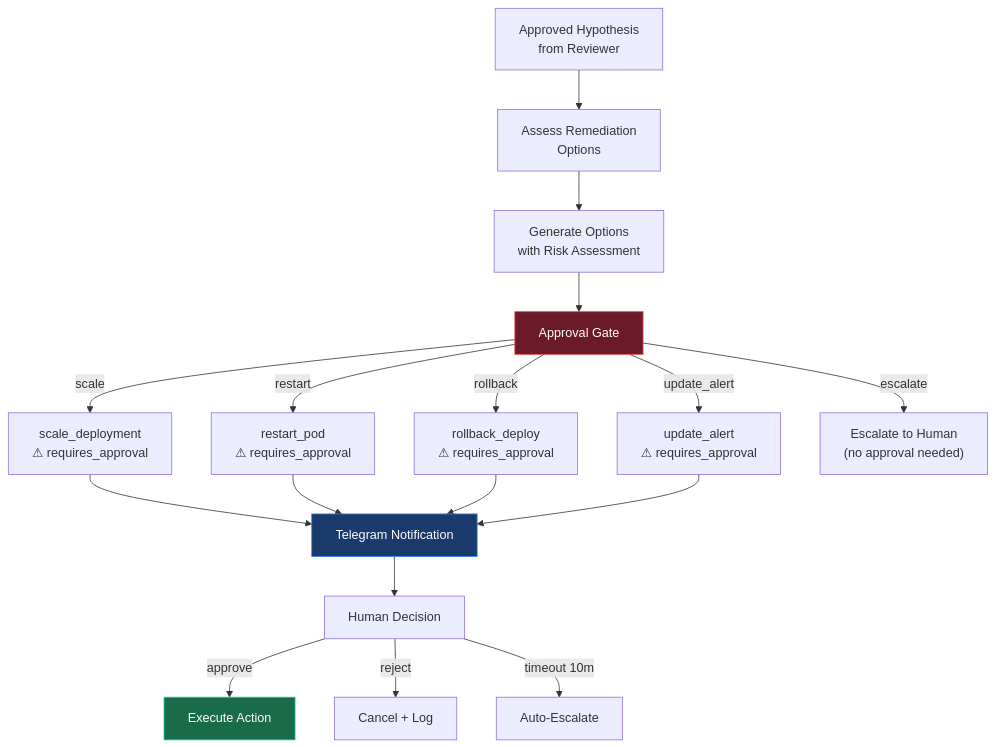
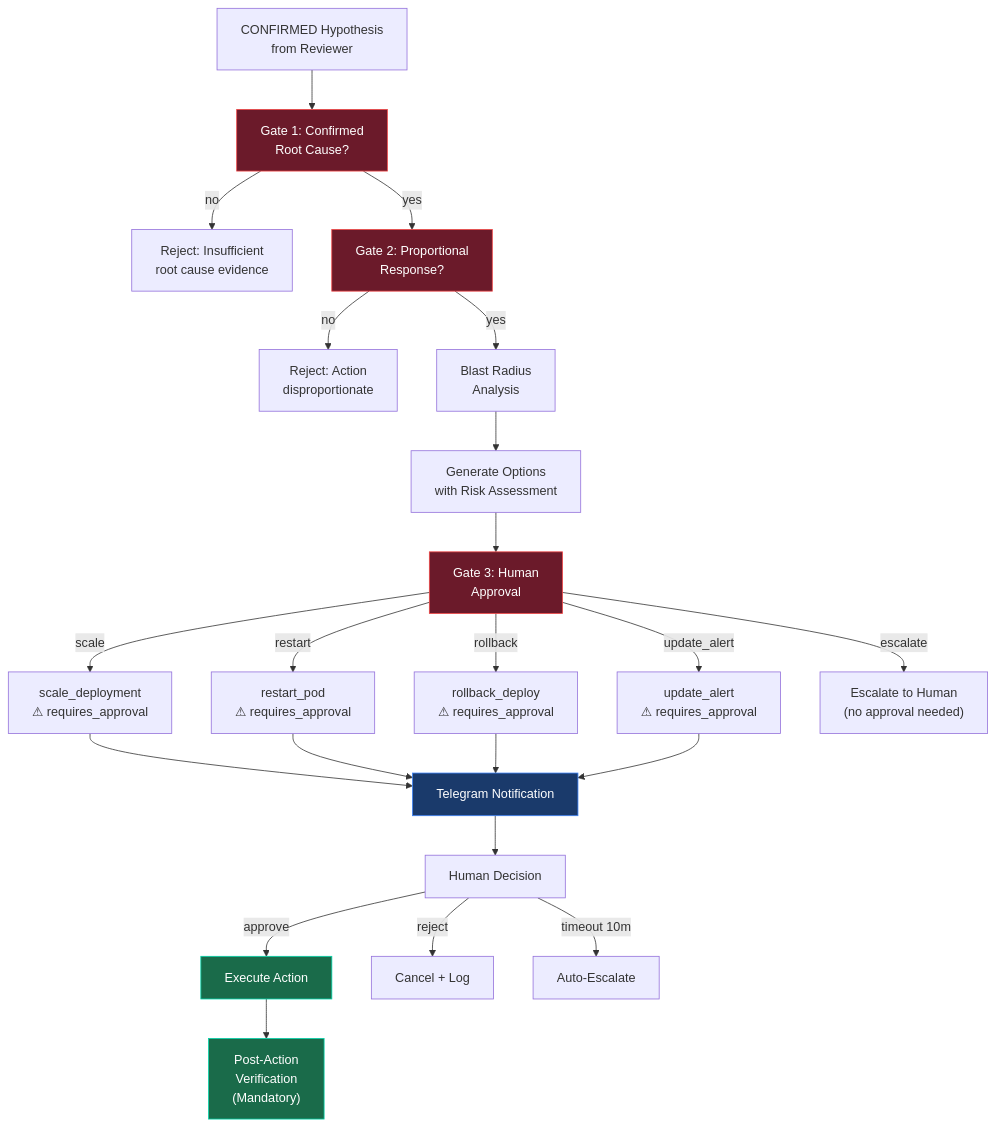
One commit to telemetryflow/telemetryflow-hermes changed the first of 2 diagrams in docs/agents/remediator.md. Above: the diagram before and after it, drawn with Mermaid. The commit also changed other lines of this file and 63 other files, not shown here.

````diff
--- a/docs/agents/remediator.md
+++ b/docs/agents/remediator.md
@@ -7,24 +7,32 @@
 ```mermaid
 graph TD
-    INPUT["Approved Hypothesis<br/>from Reviewer"] --> ASSESS["Assess Remediation<br/>Options"]
-    ASSESS --> OPTIONS["Generate Options<br/>with Risk Assessment"]
-    OPTIONS --> GATE["Approval Gate"]
-    GATE -->|"scale"| SCALE["scale_deployment<br/>⚠ requires_approval"]
-    GATE -->|"restart"| RESTART["restart_pod<br/>⚠ requires_approval"]
-    GATE -->|"rollback"| ROLLBACK["rollback_deploy<br/>⚠ requires_approval"]
-    GATE -->|"update_alert"| ALERT["update_alert<br/>⚠ requires_approval"]
-    GATE -->|"escalate"| ESCALATE["Escalate to Human<br/>(no approval needed)"]
+    INPUT["CONFIRMED Hypothesis<br/>from Reviewer"] --> GATE1["Gate 1: Confirmed<br/>Root Cause?"]
+    GATE1 -->|"no"| REJECT1["Reject: Insufficient<br/>root cause evidence"]
+    GATE1 -->|"yes"| GATE2["Gate 2: Proportional<br/>Response?"]
+    GATE2 -->|"no"| REJECT2["Reject: Action<br/>disproportionate"]
+    GATE2 -->|"yes"| BLAST["Blast Radius<br/>Analysis"]
+    BLAST --> OPTIONS["Generate Options<br/>with Risk Assessment"]
+    OPTIONS --> GATE3["Gate 3: Human<br/>Approval"]
+    GATE3 -->|"scale"| SCALE["scale_deployment<br/>⚠ requires_approval"]
+    GATE3 -->|"restart"| RESTART["restart_pod<br/>⚠ requires_approval"]
+    GATE3 -->|"rollback"| ROLLBACK["rollback_deploy<br/>⚠ requires_approval"]
+    GATE3 -->|"update_alert"| ALERT["update_alert<br/>⚠ requires_approval"]
+    GATE3 -->|"escalate"| ESCALATE["Escalate to Human<br/>(no approval needed)"]
 
     SCALE --> NOTIFY["Telegram Notification"]
     RESTART --> NOTIFY
     ROLLBACK --> NOTIFY
     ALERT --> NOTIFY
     NOTIFY --> HUMAN["Human Decision"]
     HUMAN -->|"approve"| EXECUTE["Execute Action"]
     HUMAN -->|"reject"| CANCEL["Cancel + Log"]
     HUMAN -->|"timeout 10m"| AUTO_ESC["Auto-Escalate"]
+    EXECUTE --> VERIFY["Post-Action<br/>Verification<br/>(Mandatory)"]
 
-    style GATE fill:#6b1a2a,stroke:#ef4444,color:#fff
+    style GATE1 fill:#6b1a2a,stroke:#ef4444,color:#fff
+    style GATE2 fill:#6b1a2a,stroke:#ef4444,color:#fff
+    style GATE3 fill:#6b1a2a,stroke:#ef4444,color:#fff
     style NOTIFY fill:#1a3a6b,stroke:#3b82f6,color:#fff
     style EXECUTE fill:#1a6b4a,stroke:#00d4aa,color:#fff
+    style VERIFY fill:#1a6b4a,stroke:#00d4aa,color:#fff
 ```
````
